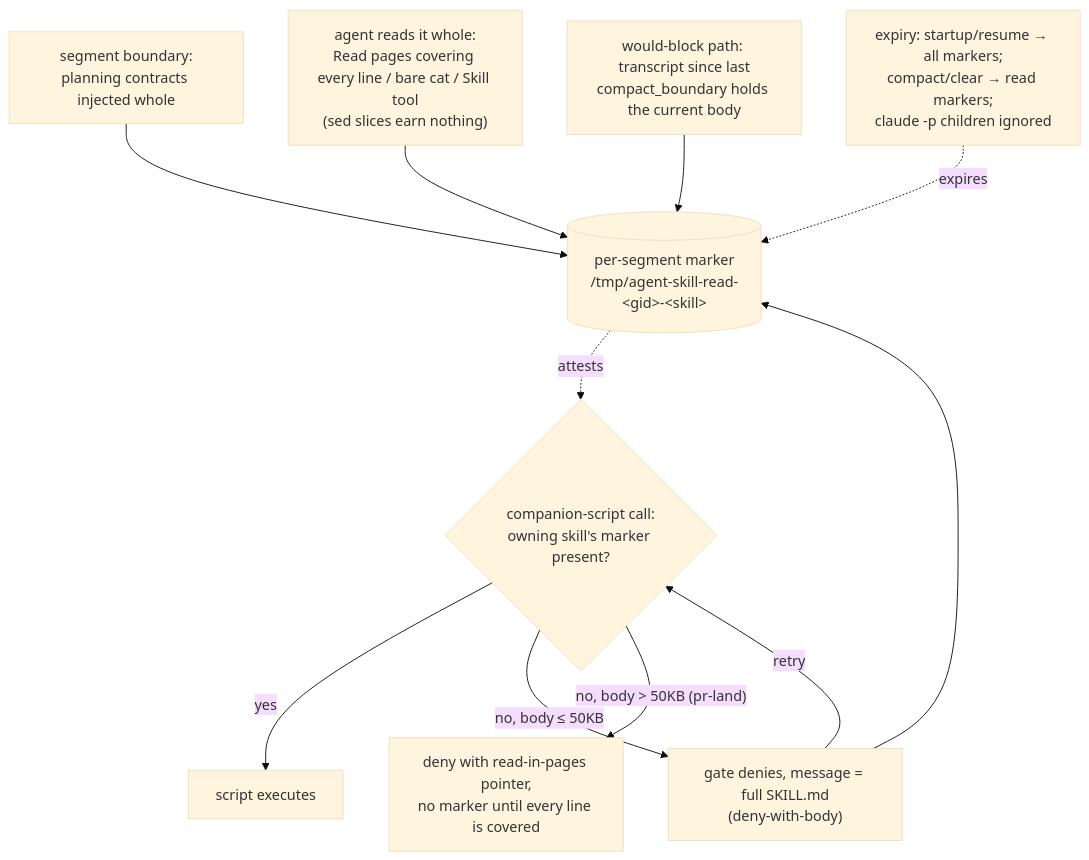
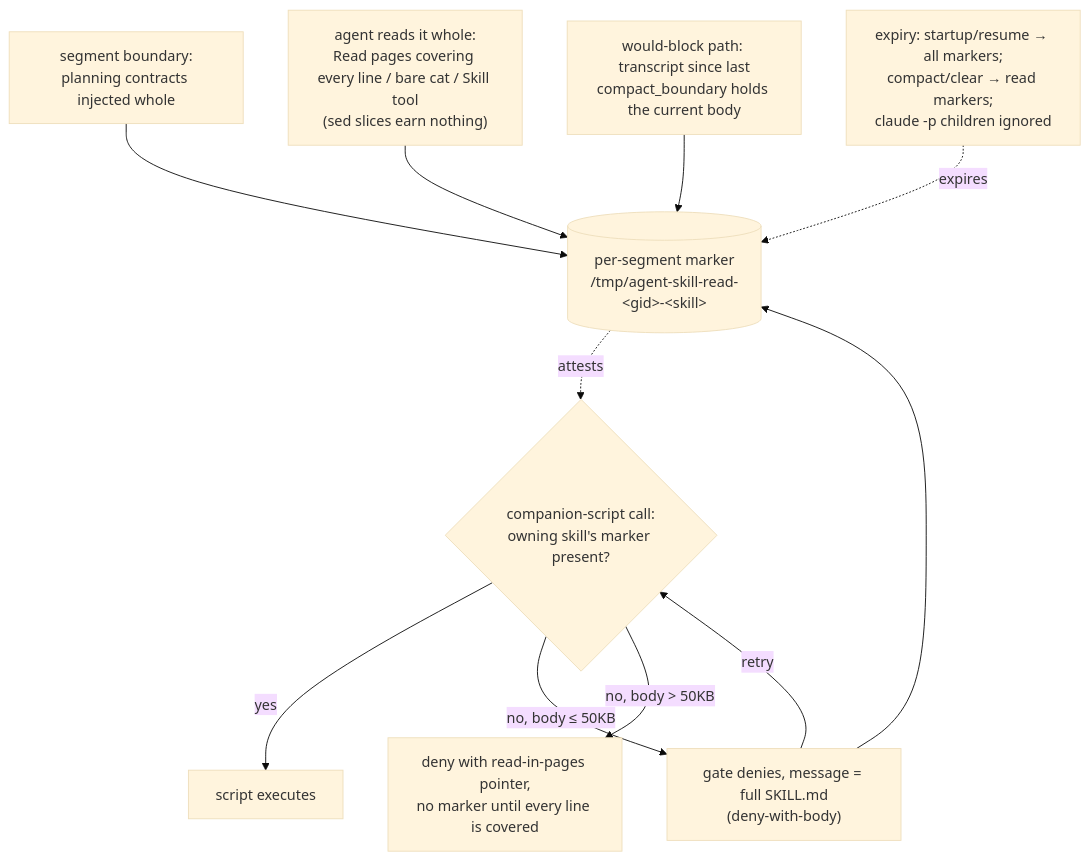
The third of 3 diagrams in README.md (EdgeApp/edge-dev-agents), drawn with Mermaid (base theme) before and after one commit. The commit also changed other lines of this file and 24 other files, not shown here.

````diff
--- a/README.md
+++ b/README.md
@@ -493,22 +493,22 @@
 ```mermaid
 flowchart TB
     SPAWN["segment boundary:<br/>planning contracts injected whole"]
     READ["agent reads it whole:<br/>Read pages covering every line / bare cat / Skill tool<br/>(sed slices earn nothing)"]
     SCAN["would-block path: transcript since last<br/>compact_boundary holds the current body"]
     GATE["gate denies, message = full SKILL.md<br/>(deny-with-body)"]
     M[("per-segment marker<br/>/tmp/agent-skill-read-&lt;gid&gt;-&lt;skill&gt;")]
     CALL{"companion-script call:<br/>owning skill's marker present?"}
     RUN["script executes"]
     PTR["deny with read-in-pages pointer,<br/>no marker until every line is covered"]
     EXP["expiry: startup/resume → all markers;<br/>compact/clear → read markers;<br/>claude -p children ignored"]
     SPAWN --> M
     READ --> M
     GATE --> M
     SCAN --> M
     M -.attests.-> CALL
     CALL -->|yes| RUN
     CALL -->|"no, body ≤ 50KB"| GATE
     GATE -->|retry| CALL
-    CALL -->|"no, body > 50KB (pr-land)"| PTR
+    CALL -->|"no, body > 50KB"| PTR
     EXP -.expires.-> M
 ```
````
